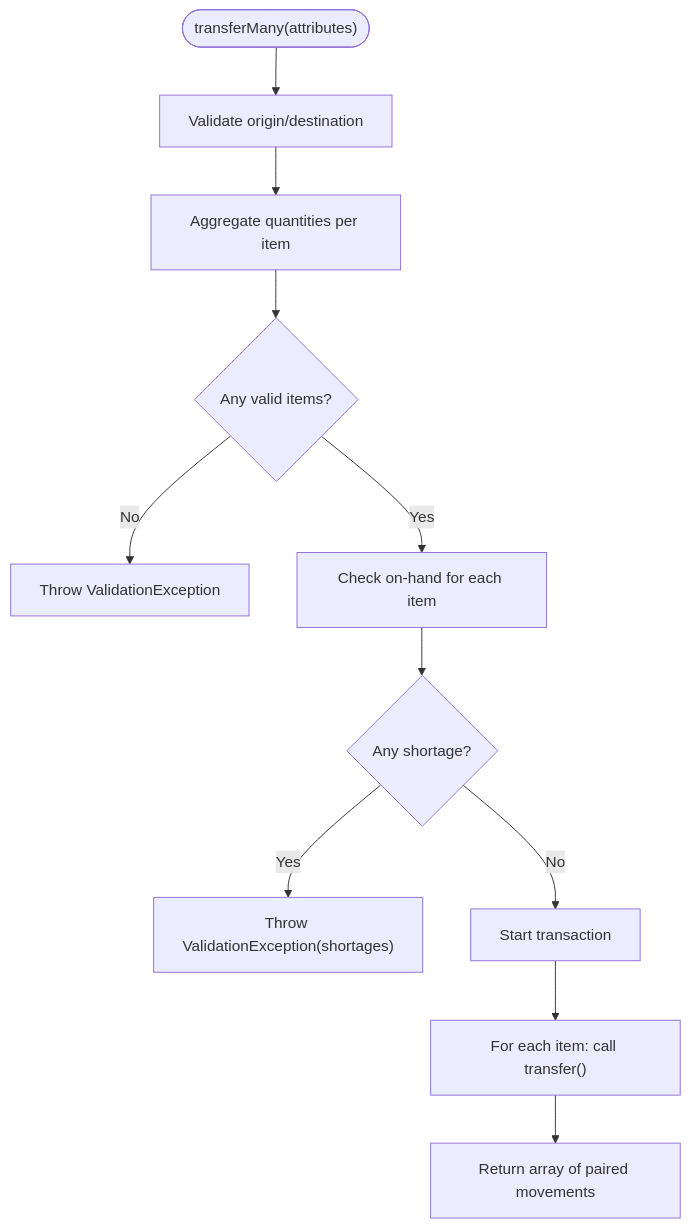
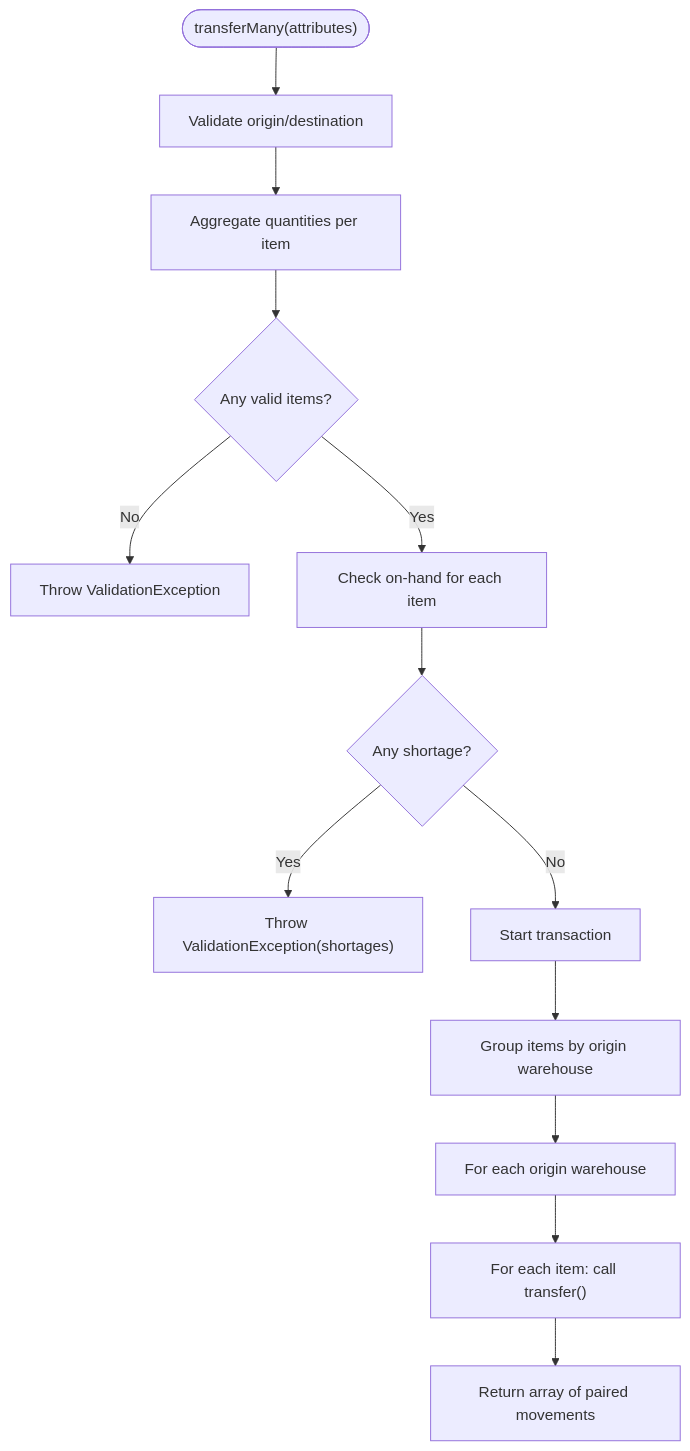
Before and after one commit to Dikksap/laravel_RsvHelmet: the eighth of 10 diagrams in .qoder/repowiki/en/content/Core Modules/Inventory Management/Inventory Movement Processing.md, drawn with Mermaid. The commit also changed other lines of this file and 129 other files, not shown here.

````diff
--- a/.qoder/repowiki/en/content/Core Modules/Inventory Management/Inventory Movement Processing.md
+++ b/.qoder/repowiki/en/content/Core Modules/Inventory Management/Inventory Movement Processing.md
@@ -303,13 +363,15 @@
 ```mermaid
 flowchart TD
 Start(["transferMany(attributes)"]) --> ValidateWarehouses["Validate origin/destination"]
 ValidateWarehouses --> AggregateItems["Aggregate quantities per item"]
 AggregateItems --> CheckEmpty{"Any valid items?"}
 CheckEmpty --> |No| ThrowError["Throw ValidationException"]
 CheckEmpty --> |Yes| CheckStock["Check on-hand for each item"]
 CheckStock --> Shortage{"Any shortage?"}
 Shortage --> |Yes| ThrowShortage["Throw ValidationException(shortages)"]
 Shortage --> |No| CommitTx["Start transaction"]
-CommitTx --> LoopItems["For each item: call transfer()"]
+CommitTx --> GroupByOrigin["Group items by origin warehouse"]
+GroupByOrigin --> LoopOrigins["For each origin warehouse"]
+LoopOrigins --> LoopItems["For each item: call transfer()"]
 LoopItems --> ReturnResults["Return array of paired movements"]
 ```
````
